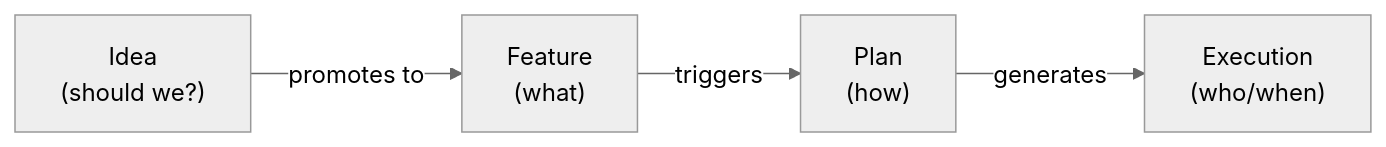
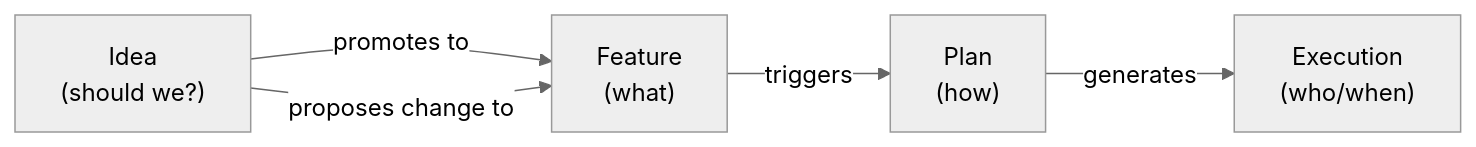
The first of 3 diagrams in spec/features/idea/README.md (specscore/specscore), drawn with Mermaid (neutral theme) before and after one commit. The commit also changed other lines of this file and 1 other file, not shown here.

````diff
--- a/spec/features/idea/README.md
+++ b/spec/features/idea/README.md
@@ -27,11 +31,12 @@
 ```mermaid
 graph LR
     I["Idea<br/>(should we?)"]
     F["Feature<br/>(what)"]
     P["Plan<br/>(how)"]
     E["Execution<br/>(who/when)"]
 
     I -->|promotes to| F
+    I -->|proposes change to| F
     F -->|triggers| P
     P -->|generates| E
 ```
````
